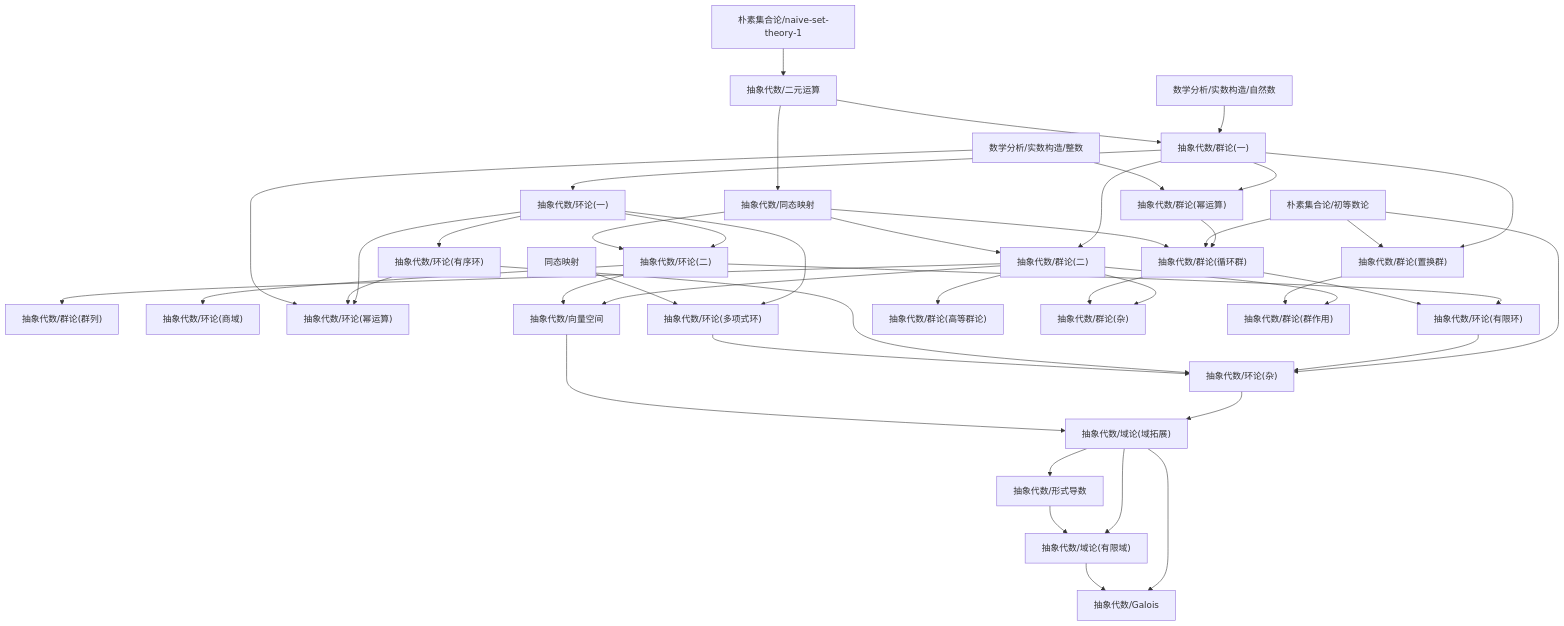
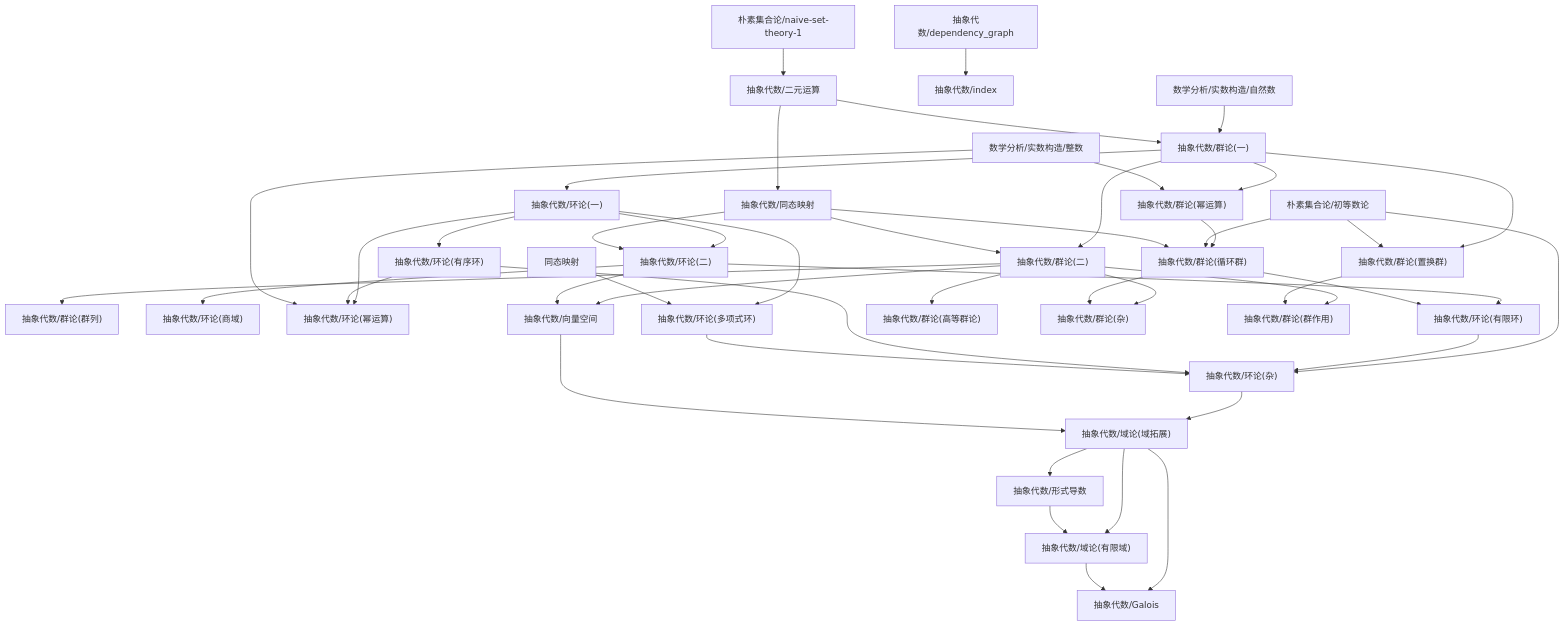
The diagram in content/抽象代数/dependency_graph.md (zeroDtree/zeroDtree.github.io), drawn with Mermaid before and after one commit. The commit also changed 30 other files, not shown here.

````diff
--- a/content/抽象代数/dependency_graph.md
+++ b/content/抽象代数/dependency_graph.md
@@ -1,47 +1,48 @@
 ```mermaid
 graph TD
 1["抽象代数/群论(二)"] --> 0["抽象代数/群论(群列)"]
 3["抽象代数/群论(一)"] --> 2["抽象代数/群论(置换群)"]
 4["朴素集合论/初等数论"] --> 2["抽象代数/群论(置换群)"]
 3["抽象代数/群论(一)"] --> 1["抽象代数/群论(二)"]
 5["抽象代数/同态映射"] --> 1["抽象代数/群论(二)"]
 7["抽象代数/环论(一)"] --> 6["抽象代数/环论(有序环)"]
 8["抽象代数/二元运算"] --> 5["抽象代数/同态映射"]
 3["抽象代数/群论(一)"] --> 9["抽象代数/群论(幂运算)"]
 10["数学分析/实数构造/整数"] --> 9["抽象代数/群论(幂运算)"]
 12["抽象代数/环论(二)"] --> 11["抽象代数/环论(商域)"]
 7["抽象代数/环论(一)"] --> 13["抽象代数/环论(幂运算)"]
 6["抽象代数/环论(有序环)"] --> 13["抽象代数/环论(幂运算)"]
 10["数学分析/实数构造/整数"] --> 13["抽象代数/环论(幂运算)"]
 9["抽象代数/群论(幂运算)"] --> 14["抽象代数/群论(循环群)"]
 4["朴素集合论/初等数论"] --> 14["抽象代数/群论(循环群)"]
 5["抽象代数/同态映射"] --> 14["抽象代数/群论(循环群)"]
 4["朴素集合论/初等数论"] --> 15["抽象代数/环论(杂)"]
 16["抽象代数/环论(有限环)"] --> 15["抽象代数/环论(杂)"]
 6["抽象代数/环论(有序环)"] --> 15["抽象代数/环论(杂)"]
 17["抽象代数/环论(多项式环)"] --> 15["抽象代数/环论(杂)"]
 12["抽象代数/环论(二)"] --> 16["抽象代数/环论(有限环)"]
 14["抽象代数/群论(循环群)"] --> 16["抽象代数/环论(有限环)"]
 3["抽象代数/群论(一)"] --> 7["抽象代数/环论(一)"]
 19["抽象代数/域论(域拓展)"] --> 18["抽象代数/形式导数"]
 1["抽象代数/群论(二)"] --> 20["抽象代数/向量空间"]
 12["抽象代数/环论(二)"] --> 20["抽象代数/向量空间"]
+22["抽象代数/dependency_graph"] --> 21["抽象代数/index"]
 7["抽象代数/环论(一)"] --> 12["抽象代数/环论(二)"]
 5["抽象代数/同态映射"] --> 12["抽象代数/环论(二)"]
-19["抽象代数/域论(域拓展)"] --> 21["抽象代数/Galois"]
-22["抽象代数/域论(有限域)"] --> 21["抽象代数/Galois"]
-1["抽象代数/群论(二)"] --> 23["抽象代数/群论(高等群论)"]
-1["抽象代数/群论(二)"] --> 24["抽象代数/群论(杂)"]
-14["抽象代数/群论(循环群)"] --> 24["抽象代数/群论(杂)"]
+19["抽象代数/域论(域拓展)"] --> 23["抽象代数/Galois"]
+24["抽象代数/域论(有限域)"] --> 23["抽象代数/Galois"]
+1["抽象代数/群论(二)"] --> 25["抽象代数/群论(高等群论)"]
+1["抽象代数/群论(二)"] --> 26["抽象代数/群论(杂)"]
+14["抽象代数/群论(循环群)"] --> 26["抽象代数/群论(杂)"]
 7["抽象代数/环论(一)"] --> 17["抽象代数/环论(多项式环)"]
-25["同态映射"] --> 17["抽象代数/环论(多项式环)"]
+27["同态映射"] --> 17["抽象代数/环论(多项式环)"]
 15["抽象代数/环论(杂)"] --> 19["抽象代数/域论(域拓展)"]
 20["抽象代数/向量空间"] --> 19["抽象代数/域论(域拓展)"]
-26["朴素集合论/naive-set-theory-1"] --> 8["抽象代数/二元运算"]
-27["数学分析/实数构造/自然数"] --> 3["抽象代数/群论(一)"]
+28["朴素集合论/naive-set-theory-1"] --> 8["抽象代数/二元运算"]
+29["数学分析/实数构造/自然数"] --> 3["抽象代数/群论(一)"]
 8["抽象代数/二元运算"] --> 3["抽象代数/群论(一)"]
-1["抽象代数/群论(二)"] --> 28["抽象代数/群论(群作用)"]
-2["抽象代数/群论(置换群)"] --> 28["抽象代数/群论(群作用)"]
-19["抽象代数/域论(域拓展)"] --> 22["抽象代数/域论(有限域)"]
-18["抽象代数/形式导数"] --> 22["抽象代数/域论(有限域)"]
+1["抽象代数/群论(二)"] --> 30["抽象代数/群论(群作用)"]
+2["抽象代数/群论(置换群)"] --> 30["抽象代数/群论(群作用)"]
+19["抽象代数/域论(域拓展)"] --> 24["抽象代数/域论(有限域)"]
+18["抽象代数/形式导数"] --> 24["抽象代数/域论(有限域)"]
 ```
````
